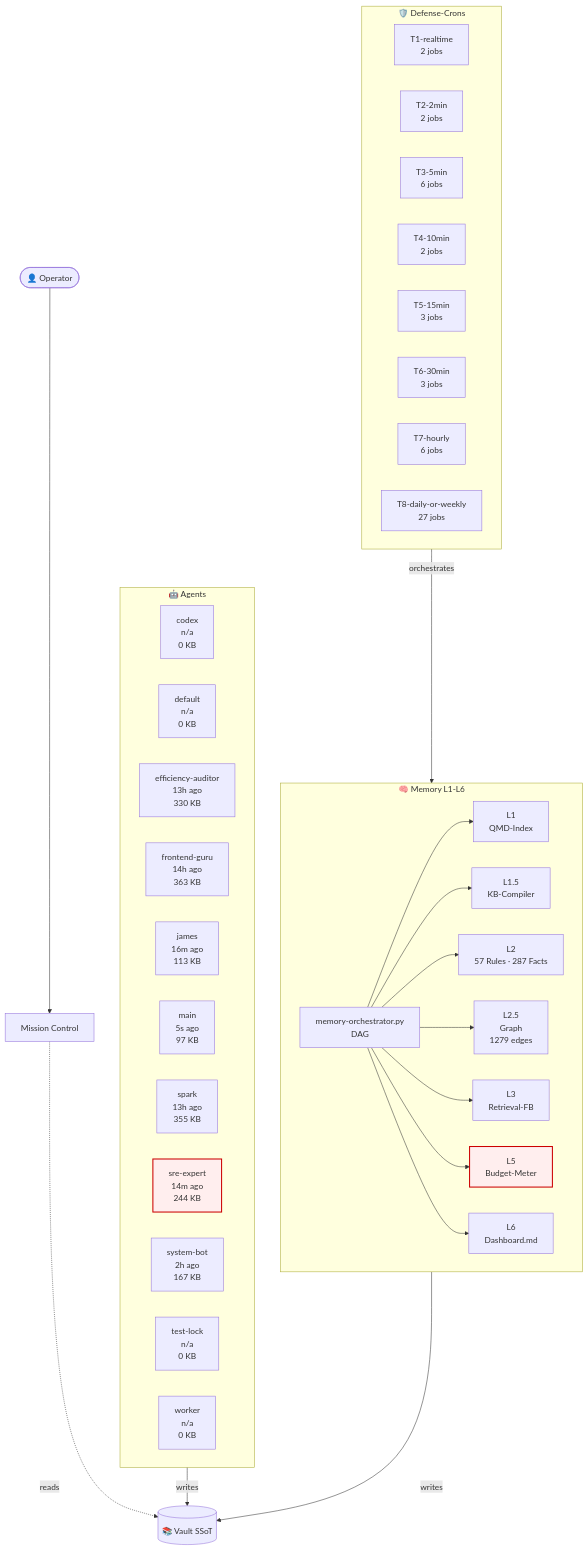
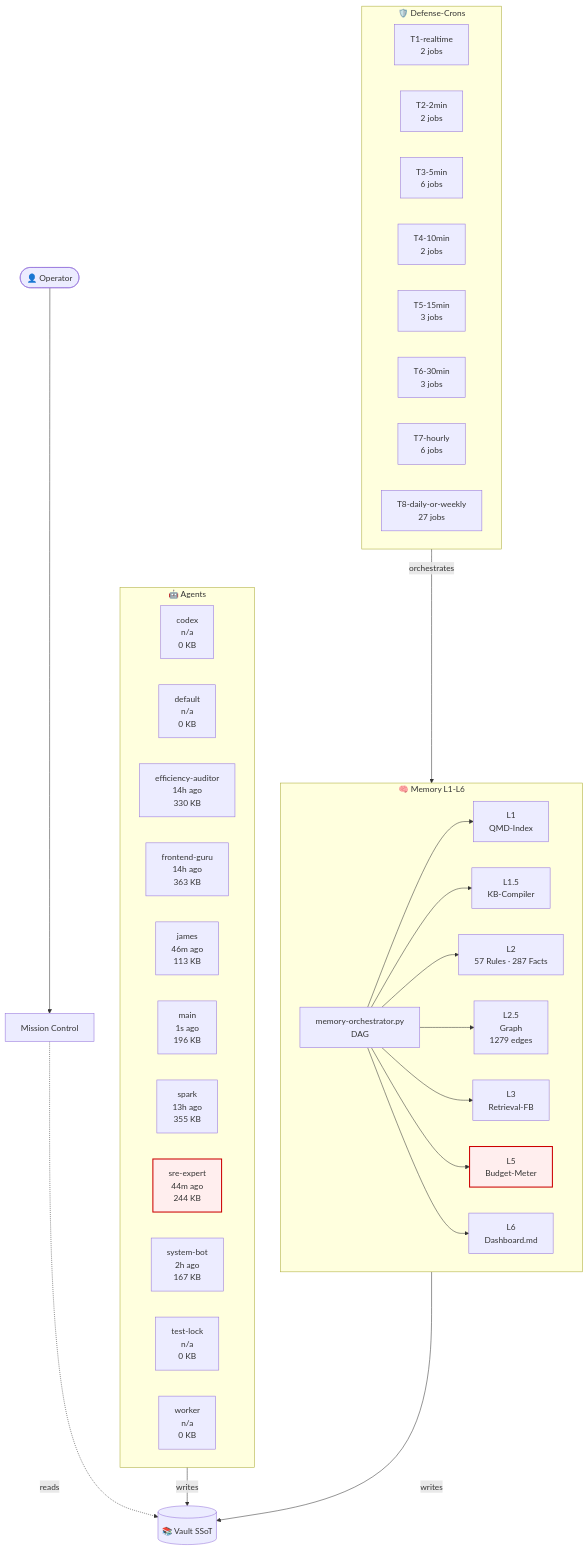
The diagram in 03-Agents/architecture-live.md (lenardhuebner88-rgb/openclaw-memory), drawn with Mermaid before and after one commit. The commit also changed other lines of this file and 4 other files, not shown here.

````diff
--- a/03-Agents/architecture-live.md
+++ b/03-Agents/architecture-live.md
@@ -18,54 +18,54 @@
 ```mermaid
 flowchart TB
     classDef critical fill:#fee,stroke:#c00,stroke-width:2px;
     subgraph AGT["🤖 Agents"]
         agent_codex["codex<br/>n/a<br/>0 KB"]
         agent_default["default<br/>n/a<br/>0 KB"]
-        agent_efficiency_auditor["efficiency-auditor<br/>13h ago<br/>330 KB"]
+        agent_efficiency_auditor["efficiency-auditor<br/>14h ago<br/>330 KB"]
         agent_frontend_guru["frontend-guru<br/>14h ago<br/>363 KB"]
-        agent_james["james<br/>16m ago<br/>113 KB"]
-        agent_main["main<br/>5s ago<br/>97 KB"]
+        agent_james["james<br/>46m ago<br/>113 KB"]
+        agent_main["main<br/>1s ago<br/>196 KB"]
         agent_spark["spark<br/>13h ago<br/>355 KB"]
-        agent_sre_expert["sre-expert<br/>14m ago<br/>244 KB"]
+        agent_sre_expert["sre-expert<br/>44m ago<br/>244 KB"]
         agent_system_bot["system-bot<br/>2h ago<br/>167 KB"]
         agent_test_lock["test-lock<br/>n/a<br/>0 KB"]
         agent_worker["worker<br/>n/a<br/>0 KB"]
     end
     subgraph MEM["🧠 Memory L1-L6"]
         L1["L1<br/>QMD-Index"]
         L15["L1.5<br/>KB-Compiler"]
         L2["L2<br/>57 Rules · 287 Facts"]
         L25["L2.5<br/>Graph<br/>1279 edges"]
         L3["L3<br/>Retrieval-FB"]
         L5["L5<br/>Budget-Meter"]
         L6["L6<br/>Dashboard.md"]
         ORCH["memory-orchestrator.py<br/>DAG"]
     end
     subgraph CRN["🛡️ Defense-Crons"]
         tier_T1_realtime["T1-realtime<br/>2 jobs"]
         tier_T2_2min["T2-2min<br/>2 jobs"]
         tier_T3_5min["T3-5min<br/>6 jobs"]
         tier_T4_10min["T4-10min<br/>2 jobs"]
         tier_T5_15min["T5-15min<br/>3 jobs"]
         tier_T6_30min["T6-30min<br/>3 jobs"]
         tier_T7_hourly["T7-hourly<br/>6 jobs"]
         tier_T8_daily_or_weekly["T8-daily-or-weekly<br/>27 jobs"]
     end
     VAULT[("📚 Vault SSoT")]
     OP([👤 Operator])
     MC["Mission Control"]
     OP --> MC
     MC -.reads.-> VAULT
     AGT -->|writes| VAULT
     MEM -->|writes| VAULT
     ORCH --> L1
     ORCH --> L15
     ORCH --> L2
     ORCH --> L25
     ORCH --> L3
     ORCH --> L5
     ORCH --> L6
     CRN -->|orchestrates| MEM
     class L5 critical
     class agent_sre_expert critical
 ```
````
